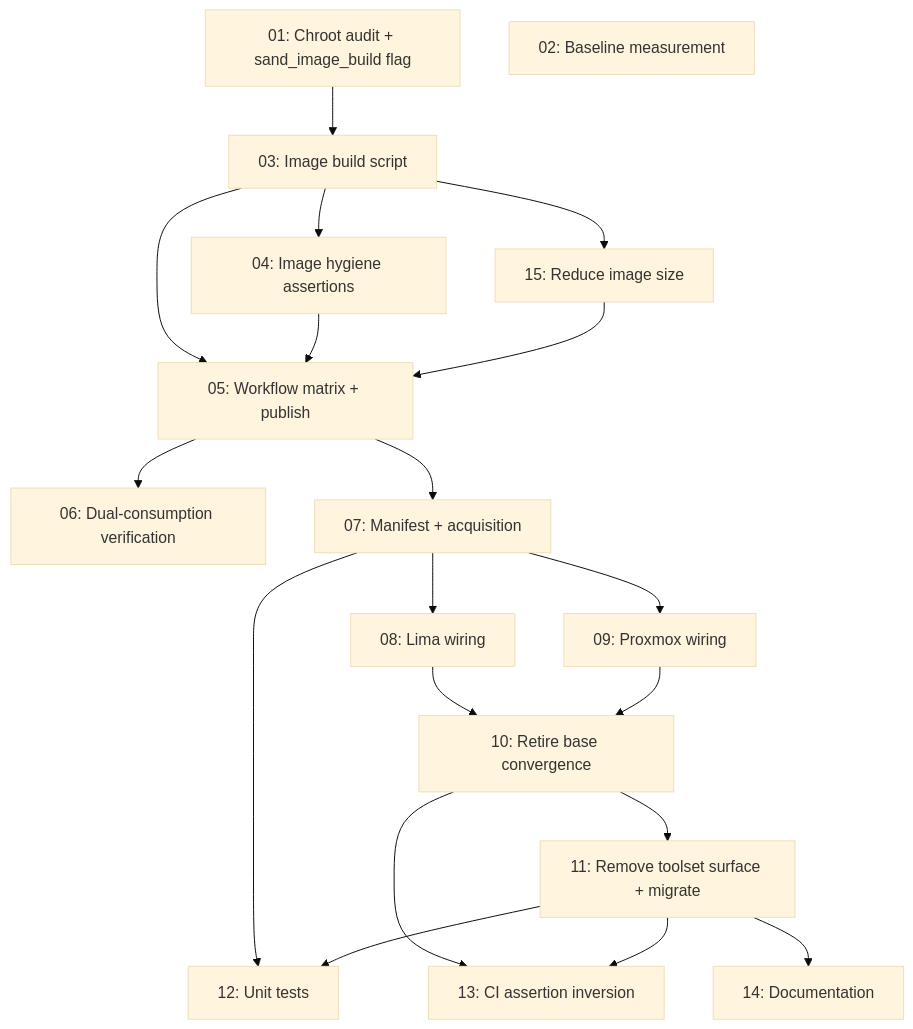
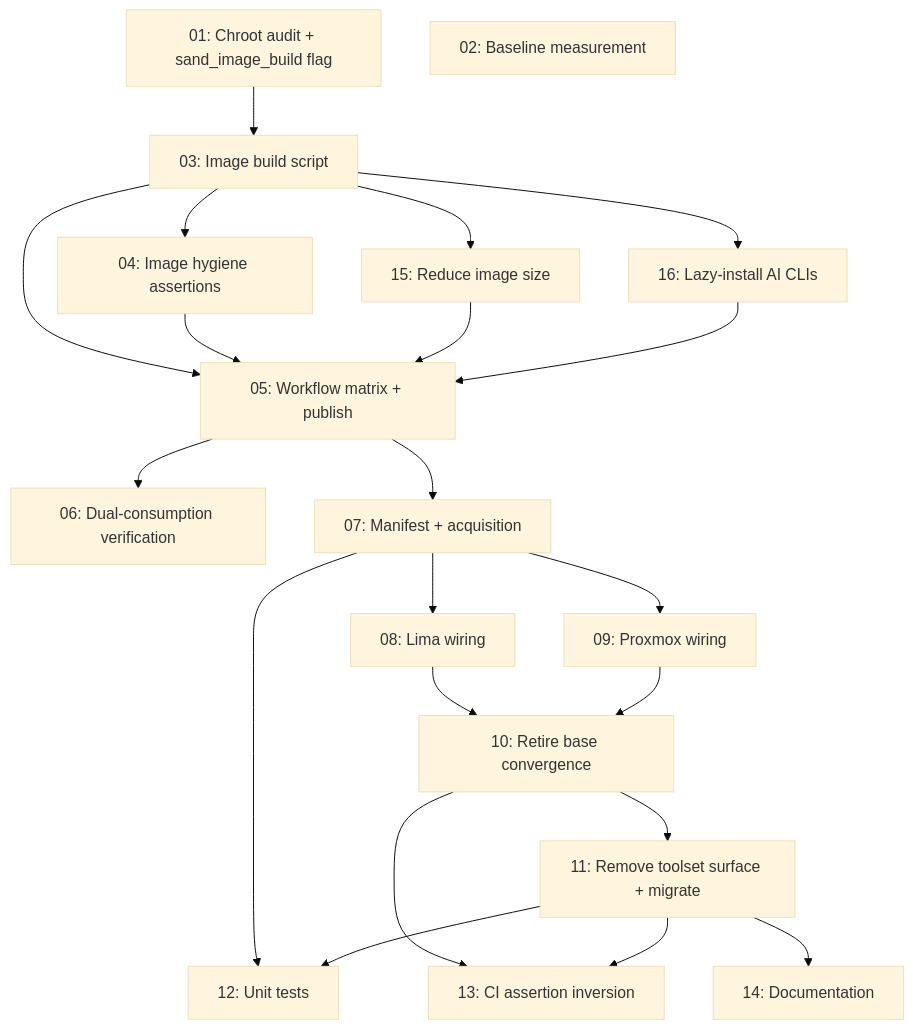
The second of 2 diagrams in .ai/strikethroo/plans/22--baked-base-images/plan-22--baked-base-images.md (Lullabot/sandbar), drawn with Mermaid (base theme) before and after one commit. The commit also changed other lines of this file and 6 other files, not shown here.

````diff
--- a/.ai/strikethroo/plans/22--baked-base-images/plan-22--baked-base-images.md
+++ b/.ai/strikethroo/plans/22--baked-base-images/plan-22--baked-base-images.md
@@ -302,22 +303,24 @@
 ```mermaid
 graph TD
     T01[01: Chroot audit + sand_image_build flag] --> T03[03: Image build script]
     T02[02: Baseline measurement]
     T03 --> T04[04: Image hygiene assertions]
     T03 --> T15[15: Reduce image size]
+    T03 --> T16[16: Lazy-install AI CLIs]
     T03 --> T05[05: Workflow matrix + publish]
     T04 --> T05
     T15 --> T05
+    T16 --> T05
     T05 --> T06[06: Dual-consumption verification]
     T05 --> T07[07: Manifest + acquisition]
     T07 --> T08[08: Lima wiring]
     T07 --> T09[09: Proxmox wiring]
     T08 --> T10[10: Retire base convergence]
     T09 --> T10
     T10 --> T11[11: Remove toolset surface + migrate]
     T07 --> T12[12: Unit tests]
     T11 --> T12
     T10 --> T13[13: CI assertion inversion]
     T11 --> T13
     T11 --> T14[14: Documentation]
 ```
````
